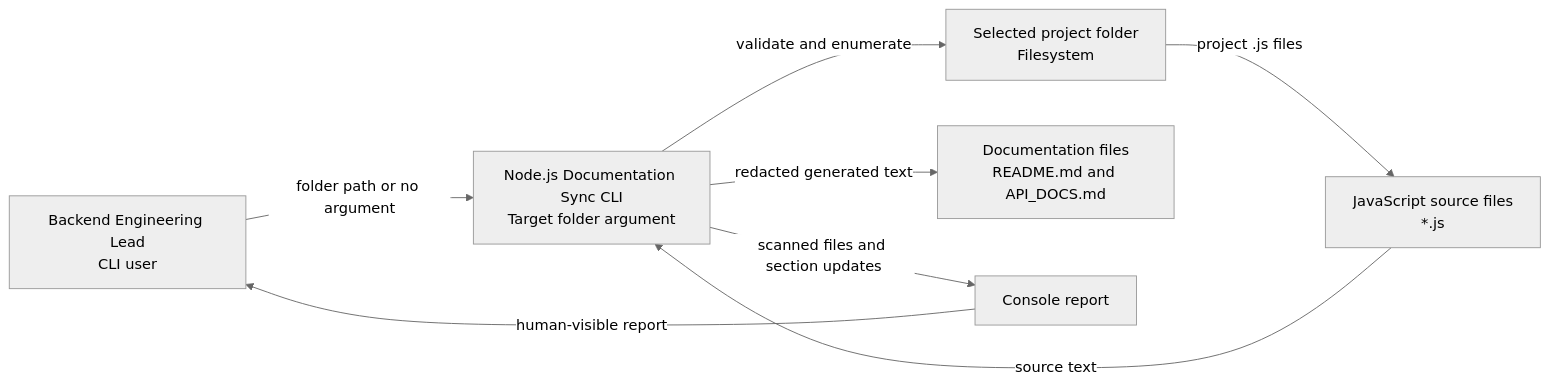
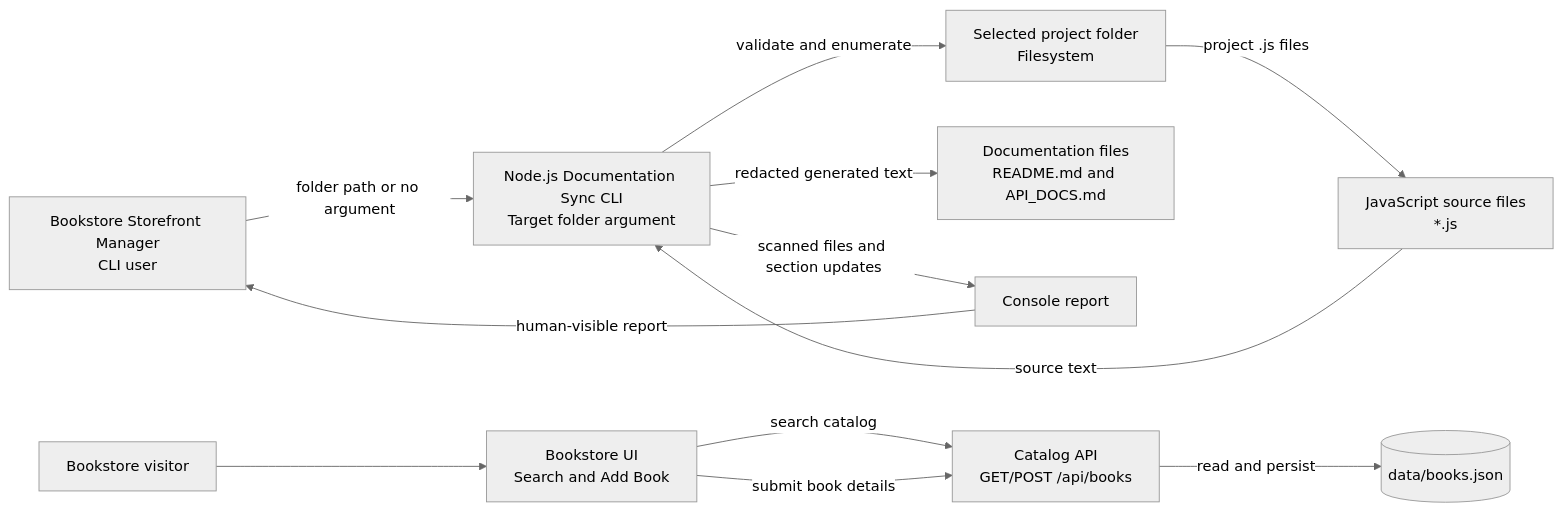
The first of 2 diagrams in demos/Demo-3/architecture.md (diwakarpriscilla/doc-sync-v2-hitl), drawn with Mermaid (neutral theme) before and after one commit. The commit also changed other lines of this file and 26 other files, not shown here.

Commit message:
feat: render visual Mermaid diagram images and update demo baseline

````diff
--- a/demos/Demo-3/architecture.md
+++ b/demos/Demo-3/architecture.md
@@ -5,17 +5,25 @@
 ```mermaid
 flowchart LR
-  U["Backend Engineering Lead\nCLI user"]
+  U["Bookstore Storefront Manager\nCLI user"]
   CLI["Node.js Documentation Sync CLI\nTarget folder argument"]
   FS["Selected project folder\nFilesystem"]
   JS["JavaScript source files\n*.js"]
   DOC["Documentation files\nREADME.md and API_DOCS.md"]
   OUT["Console report"]
+  READER["Bookstore visitor"]
+  UI["Bookstore UI\nSearch and Add Book"]
+  API["Catalog API\nGET/POST /api/books"]
+  BOOKS[("data/books.json")]
 
   U -->|"folder path or no argument"| CLI
   CLI -->|"validate and enumerate"| FS
   FS -->|"project .js files"| JS
   JS -->|"source text"| CLI
   CLI -->|"redacted generated text"| DOC
   CLI -->|"scanned files and section updates"| OUT
   OUT -->|"human-visible report"| U
+  READER --> UI
+  UI -->|"search catalog"| API
+  UI -->|"submit book details"| API
+  API -->|"read and persist"| BOOKS
 ```
````
